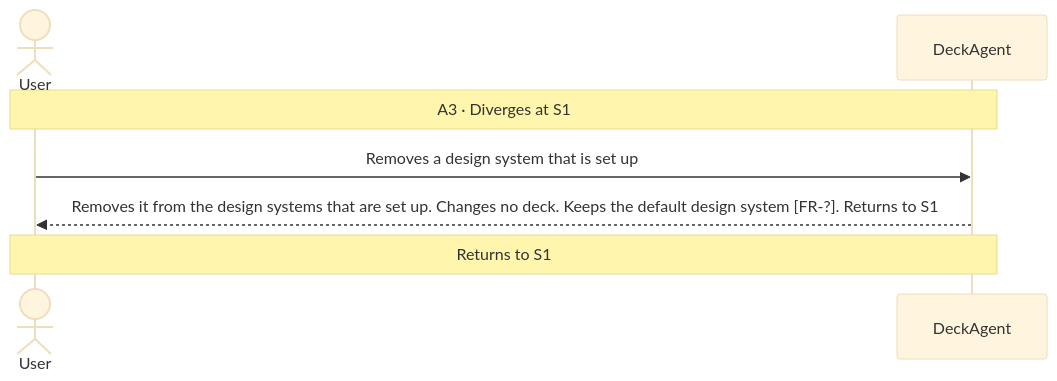
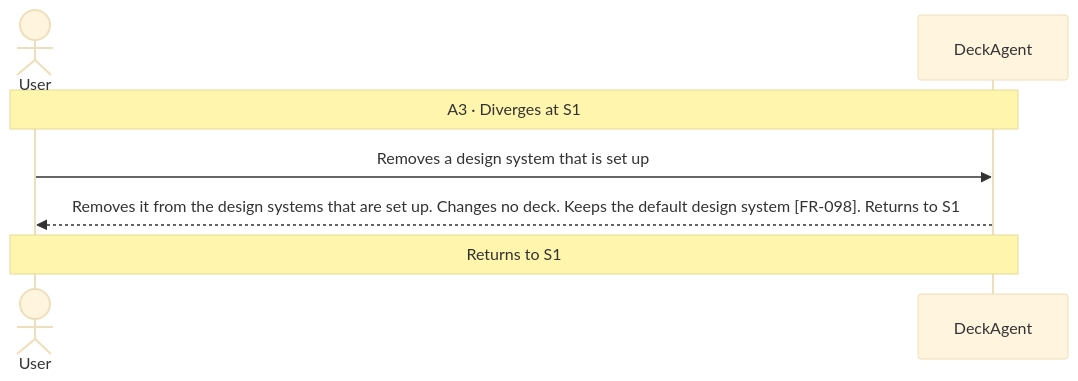
The fourth of 8 diagrams in docs/spec/03-use-cases/UC-010.md (Luke23127006/DeckAgent), drawn with Mermaid (base theme) before and after one commit. The commit also changed other lines of this file and 31 other files, not shown here.

Commit message:
docs(spec): define independent design systems and visual styles

````diff
--- a/docs/spec/03-use-cases/UC-010.md
+++ b/docs/spec/03-use-cases/UC-010.md
@@ -88,9 +89,9 @@
 ```mermaid
 sequenceDiagram
     actor User
     participant DeckAgent
     Note over User,DeckAgent: A3 · Diverges at S1
     User->>DeckAgent: Removes a design system that is set up
-    DeckAgent-->>User: Removes it from the design systems that are set up. Changes no deck. Keeps the default design system [FR-?]. Returns to S1
+    DeckAgent-->>User: Removes it from the design systems that are set up. Changes no deck. Keeps the default design system [FR-098]. Returns to S1
     Note over User,DeckAgent: Returns to S1
 ```
````
